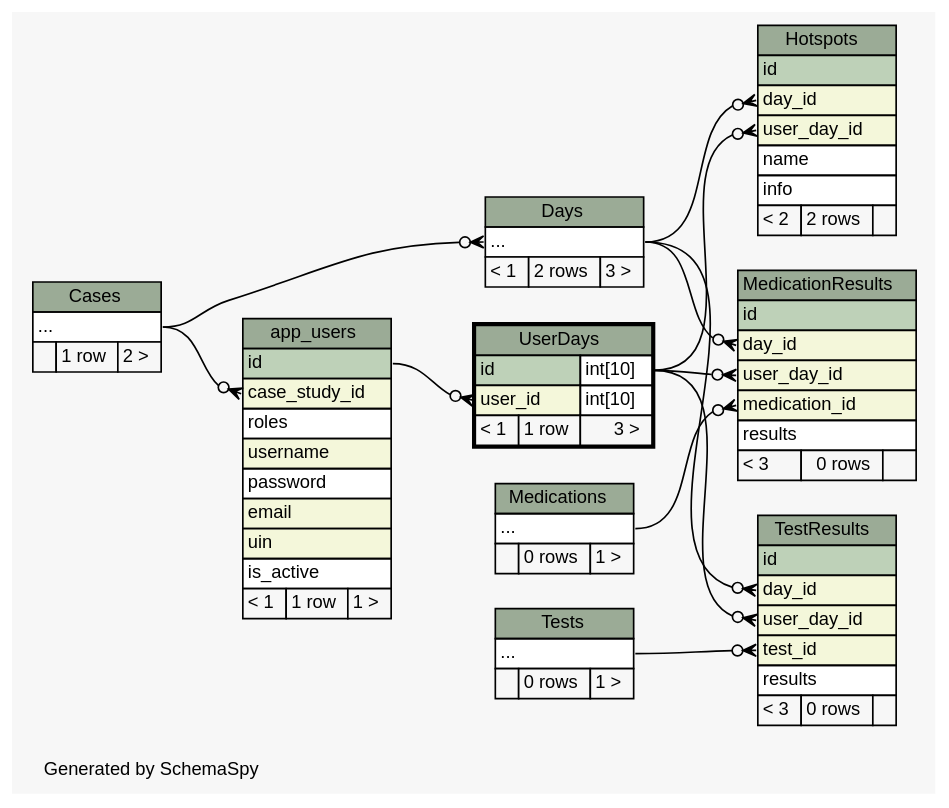
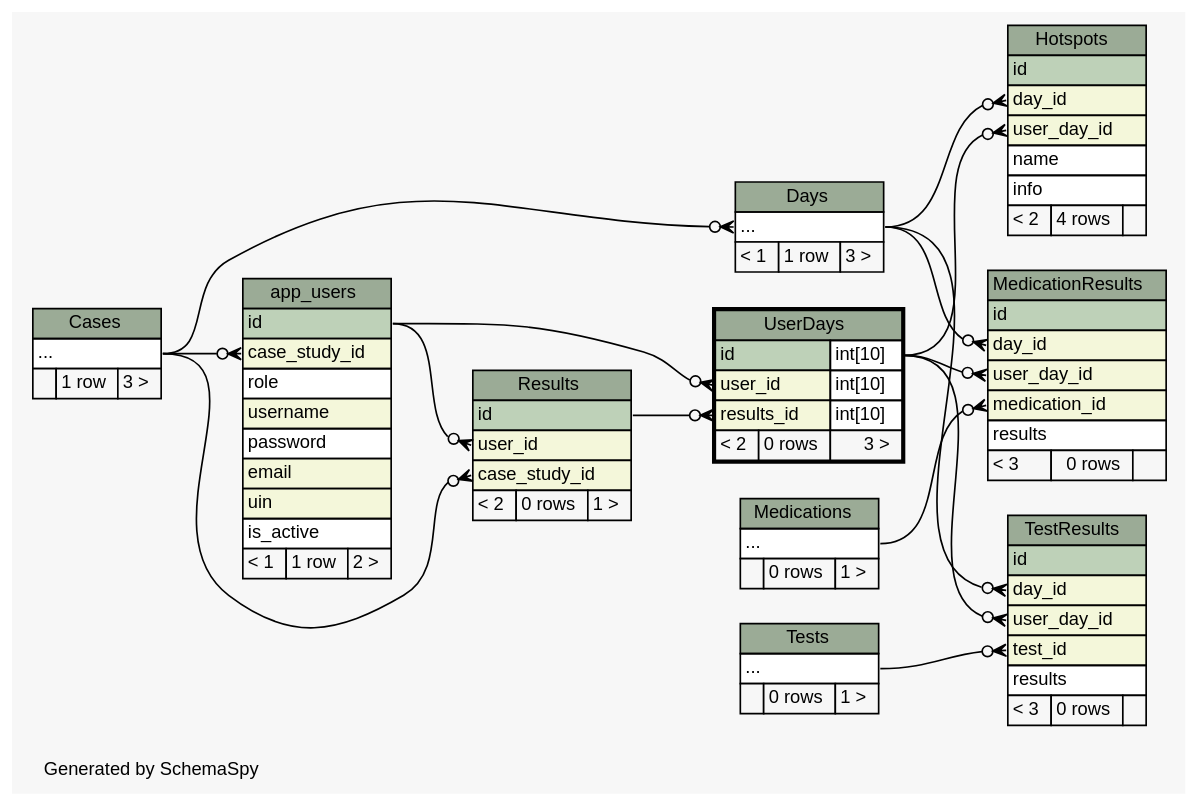
Before and after one commit to carrel2/CaseStudies: the diagram in web/files/schema/diagrams/UserDays.2degrees.dot, drawn with Graphviz. The commit also changed 175 other files, not shown here.

Commit message:
Create Results object to store completed cases in the database

```diff
--- a/web/files/schema/diagrams/UserDays.2degrees.dot
+++ b/web/files/schema/diagrams/UserDays.2degrees.dot
@@ -1,143 +1,159 @@
-// dot 2.38.0 on Linux 4.4.0-64-generic
+// dot 2.38.0 on Linux 4.4.0-66-generic
 // SchemaSpy rev 590
 digraph "twoDegreesRelationshipsDiagram" {
   graph [
     rankdir="RL"
     bgcolor="#f7f7f7"
     label="\nGenerated by SchemaSpy"
     labeljust="l"
     nodesep="0.18"
     ranksep="0.46"
     fontname="Helvetica"
     fontsize="11"
   ];
   node [
     fontname="Helvetica"
     fontsize="11"
     shape="plaintext"
   ];
   edge [
     arrowsize="0.8"
   ];
   "app_users":"case_study_id":w -> "Cases":"elipses":e [arrowhead=none dir=back arrowtail=crowodot];
   "Days":"elipses":w -> "Cases":"elipses":e [arrowhead=none dir=back arrowtail=crowodot];
   "Hotspots":"day_id":w -> "Days":"elipses":e [arrowhead=none dir=back arrowtail=crowodot];
   "Hotspots":"user_day_id":w -> "UserDays":"id.type":e [arrowhead=none dir=back arrowtail=crowodot];
   "MedicationResults":"day_id":w -> "Days":"elipses":e [arrowhead=none dir=back arrowtail=crowodot];
   "MedicationResults":"medication_id":w -> "Medications":"elipses":e [arrowhead=none dir=back arrowtail=crowodot];
   "MedicationResults":"user_day_id":w -> "UserDays":"id.type":e [arrowhead=none dir=back arrowtail=crowodot];
+  "Results":"case_study_id":w -> "Cases":"elipses":e [arrowhead=none dir=back arrowtail=crowodot];
+  "Results":"user_id":w -> "app_users":"id":e [arrowhead=none dir=back arrowtail=crowodot];
   "TestResults":"day_id":w -> "Days":"elipses":e [arrowhead=none dir=back arrowtail=crowodot];
   "TestResults":"test_id":w -> "Tests":"elipses":e [arrowhead=none dir=back arrowtail=crowodot];
   "TestResults":"user_day_id":w -> "UserDays":"id.type":e [arrowhead=none dir=back arrowtail=crowodot];
+  "UserDays":"results_id":w -> "Results":"id":e [arrowhead=none dir=back arrowtail=crowodot];
   "UserDays":"user_id":w -> "app_users":"id":e [arrowhead=none dir=back arrowtail=crowodot];
   "app_users" [
     label=<
     <TABLE BORDER="0" CELLBORDER="1" CELLSPACING="0" BGCOLOR="#ffffff">
       <TR><TD COLSPAN="3" BGCOLOR="#9bab96" ALIGN="CENTER">app_users</TD></TR>
       <TR><TD PORT="id" COLSPAN="3" BGCOLOR="#bed1b8" ALIGN="LEFT">id</TD></TR>
       <TR><TD PORT="case_study_id" COLSPAN="3" BGCOLOR="#f4f7da" ALIGN="LEFT">case_study_id</TD></TR>
-      <TR><TD PORT="roles" COLSPAN="3" ALIGN="LEFT">roles</TD></TR>
+      <TR><TD PORT="role" COLSPAN="3" ALIGN="LEFT">role</TD></TR>
       <TR><TD PORT="username" COLSPAN="3" BGCOLOR="#f4f7da" ALIGN="LEFT">username</TD></TR>
       <TR><TD PORT="password" COLSPAN="3" ALIGN="LEFT">password</TD></TR>
       <TR><TD PORT="email" COLSPAN="3" BGCOLOR="#f4f7da" ALIGN="LEFT">email</TD></TR>
       <TR><TD PORT="uin" COLSPAN="3" BGCOLOR="#f4f7da" ALIGN="LEFT">uin</TD></TR>
       <TR><TD PORT="is_active" COLSPAN="3" ALIGN="LEFT">is_active</TD></TR>
-      <TR><TD ALIGN="LEFT" BGCOLOR="#f7f7f7">&lt; 1</TD><TD ALIGN="RIGHT" BGCOLOR="#f7f7f7">1 row</TD><TD ALIGN="RIGHT" BGCOLOR="#f7f7f7">1 &gt;</TD></TR>
+      <TR><TD ALIGN="LEFT" BGCOLOR="#f7f7f7">&lt; 1</TD><TD ALIGN="RIGHT" BGCOLOR="#f7f7f7">1 row</TD><TD ALIGN="RIGHT" BGCOLOR="#f7f7f7">2 &gt;</TD></TR>
     </TABLE>>
     URL="app_users.html"
     tooltip="app_users"
   ];
   "Cases" [
     label=<
     <TABLE BORDER="0" CELLBORDER="1" CELLSPACING="0" BGCOLOR="#ffffff">
       <TR><TD COLSPAN="3" BGCOLOR="#9bab96" ALIGN="CENTER">Cases</TD></TR>
       <TR><TD PORT="elipses" COLSPAN="3" ALIGN="LEFT">...</TD></TR>
-      <TR><TD ALIGN="LEFT" BGCOLOR="#f7f7f7">  </TD><TD ALIGN="RIGHT" BGCOLOR="#f7f7f7">1 row</TD><TD ALIGN="RIGHT" BGCOLOR="#f7f7f7">2 &gt;</TD></TR>
+      <TR><TD ALIGN="LEFT" BGCOLOR="#f7f7f7">  </TD><TD ALIGN="RIGHT" BGCOLOR="#f7f7f7">1 row</TD><TD ALIGN="RIGHT" BGCOLOR="#f7f7f7">3 &gt;</TD></TR>
     </TABLE>>
     URL="Cases.html"
     tooltip="Cases"
   ];
   "Days" [
     label=<
     <TABLE BORDER="0" CELLBORDER="1" CELLSPACING="0" BGCOLOR="#ffffff">
       <TR><TD COLSPAN="3" BGCOLOR="#9bab96" ALIGN="CENTER">Days</TD></TR>
       <TR><TD PORT="elipses" COLSPAN="3" ALIGN="LEFT">...</TD></TR>
-      <TR><TD ALIGN="LEFT" BGCOLOR="#f7f7f7">&lt; 1</TD><TD ALIGN="RIGHT" BGCOLOR="#f7f7f7">2 rows</TD><TD ALIGN="RIGHT" BGCOLOR="#f7f7f7">3 &gt;</TD></TR>
+      <TR><TD ALIGN="LEFT" BGCOLOR="#f7f7f7">&lt; 1</TD><TD ALIGN="RIGHT" BGCOLOR="#f7f7f7">1 row</TD><TD ALIGN="RIGHT" BGCOLOR="#f7f7f7">3 &gt;</TD></TR>
     </TABLE>>
     URL="Days.html"
     tooltip="Days"
   ];
   "Hotspots" [
     label=<
     <TABLE BORDER="0" CELLBORDER="1" CELLSPACING="0" BGCOLOR="#ffffff">
       <TR><TD COLSPAN="3" BGCOLOR="#9bab96" ALIGN="CENTER">Hotspots</TD></TR>
       <TR><TD PORT="id" COLSPAN="3" BGCOLOR="#bed1b8" ALIGN="LEFT">id</TD></TR>
       <TR><TD PORT="day_id" COLSPAN="3" BGCOLOR="#f4f7da" ALIGN="LEFT">day_id</TD></TR>
       <TR><TD PORT="user_day_id" COLSPAN="3" BGCOLOR="#f4f7da" ALIGN="LEFT">user_day_id</TD></TR>
       <TR><TD PORT="name" COLSPAN="3" ALIGN="LEFT">name</TD></TR>
       <TR><TD PORT="info" COLSPAN="3" ALIGN="LEFT">info</TD></TR>
-      <TR><TD ALIGN="LEFT" BGCOLOR="#f7f7f7">&lt; 2</TD><TD ALIGN="RIGHT" BGCOLOR="#f7f7f7">2 rows</TD><TD ALIGN="RIGHT" BGCOLOR="#f7f7f7">  </TD></TR>
+      <TR><TD ALIGN="LEFT" BGCOLOR="#f7f7f7">&lt; 2</TD><TD ALIGN="RIGHT" BGCOLOR="#f7f7f7">4 rows</TD><TD ALIGN="RIGHT" BGCOLOR="#f7f7f7">  </TD></TR>
     </TABLE>>
     URL="Hotspots.html"
     tooltip="Hotspots"
   ];
   "MedicationResults" [
     label=<
     <TABLE BORDER="0" CELLBORDER="1" CELLSPACING="0" BGCOLOR="#ffffff">
       <TR><TD COLSPAN="3" BGCOLOR="#9bab96" ALIGN="CENTER">MedicationResults</TD></TR>
       <TR><TD PORT="id" COLSPAN="3" BGCOLOR="#bed1b8" ALIGN="LEFT">id</TD></TR>
       <TR><TD PORT="day_id" COLSPAN="3" BGCOLOR="#f4f7da" ALIGN="LEFT">day_id</TD></TR>
       <TR><TD PORT="user_day_id" COLSPAN="3" BGCOLOR="#f4f7da" ALIGN="LEFT">user_day_id</TD></TR>
       <TR><TD PORT="medication_id" COLSPAN="3" BGCOLOR="#f4f7da" ALIGN="LEFT">medication_id</TD></TR>
       <TR><TD PORT="results" COLSPAN="3" ALIGN="LEFT">results</TD></TR>
       <TR><TD ALIGN="LEFT" BGCOLOR="#f7f7f7">&lt; 3</TD><TD ALIGN="RIGHT" BGCOLOR="#f7f7f7">0 rows</TD><TD ALIGN="RIGHT" BGCOLOR="#f7f7f7">  </TD></TR>
     </TABLE>>
     URL="MedicationResults.html"
     tooltip="MedicationResults"
   ];
   "Medications" [
     label=<
     <TABLE BORDER="0" CELLBORDER="1" CELLSPACING="0" BGCOLOR="#ffffff">
       <TR><TD COLSPAN="3" BGCOLOR="#9bab96" ALIGN="CENTER">Medications</TD></TR>
       <TR><TD PORT="elipses" COLSPAN="3" ALIGN="LEFT">...</TD></TR>
       <TR><TD ALIGN="LEFT" BGCOLOR="#f7f7f7">  </TD><TD ALIGN="RIGHT" BGCOLOR="#f7f7f7">0 rows</TD><TD ALIGN="RIGHT" BGCOLOR="#f7f7f7">1 &gt;</TD></TR>
     </TABLE>>
     URL="Medications.html"
     tooltip="Medications"
+  ];
+  "Results" [
+    label=<
+    <TABLE BORDER="0" CELLBORDER="1" CELLSPACING="0" BGCOLOR="#ffffff">
+      <TR><TD COLSPAN="3" BGCOLOR="#9bab96" ALIGN="CENTER">Results</TD></TR>
+      <TR><TD PORT="id" COLSPAN="3" BGCOLOR="#bed1b8" ALIGN="LEFT">id</TD></TR>
+      <TR><TD PORT="user_id" COLSPAN="3" BGCOLOR="#f4f7da" ALIGN="LEFT">user_id</TD></TR>
+      <TR><TD PORT="case_study_id" COLSPAN="3" BGCOLOR="#f4f7da" ALIGN="LEFT">case_study_id</TD></TR>
+      <TR><TD ALIGN="LEFT" BGCOLOR="#f7f7f7">&lt; 2</TD><TD ALIGN="RIGHT" BGCOLOR="#f7f7f7">0 rows</TD><TD ALIGN="RIGHT" BGCOLOR="#f7f7f7">1 &gt;</TD></TR>
+    </TABLE>>
+    URL="Results.html"
+    tooltip="Results"
   ];
   "TestResults" [
     label=<
     <TABLE BORDER="0" CELLBORDER="1" CELLSPACING="0" BGCOLOR="#ffffff">
       <TR><TD COLSPAN="3" BGCOLOR="#9bab96" ALIGN="CENTER">TestResults</TD></TR>
       <TR><TD PORT="id" COLSPAN="3" BGCOLOR="#bed1b8" ALIGN="LEFT">id</TD></TR>
       <TR><TD PORT="day_id" COLSPAN="3" BGCOLOR="#f4f7da" ALIGN="LEFT">day_id</TD></TR>
       <TR><TD PORT="user_day_id" COLSPAN="3" BGCOLOR="#f4f7da" ALIGN="LEFT">user_day_id</TD></TR>
       <TR><TD PORT="test_id" COLSPAN="3" BGCOLOR="#f4f7da" ALIGN="LEFT">test_id</TD></TR>
       <TR><TD PORT="results" COLSPAN="3" ALIGN="LEFT">results</TD></TR>
       <TR><TD ALIGN="LEFT" BGCOLOR="#f7f7f7">&lt; 3</TD><TD ALIGN="RIGHT" BGCOLOR="#f7f7f7">0 rows</TD><TD ALIGN="RIGHT" BGCOLOR="#f7f7f7">  </TD></TR>
     </TABLE>>
     URL="TestResults.html"
     tooltip="TestResults"
   ];
   "Tests" [
     label=<
     <TABLE BORDER="0" CELLBORDER="1" CELLSPACING="0" BGCOLOR="#ffffff">
       <TR><TD COLSPAN="3" BGCOLOR="#9bab96" ALIGN="CENTER">Tests</TD></TR>
       <TR><TD PORT="elipses" COLSPAN="3" ALIGN="LEFT">...</TD></TR>
       <TR><TD ALIGN="LEFT" BGCOLOR="#f7f7f7">  </TD><TD ALIGN="RIGHT" BGCOLOR="#f7f7f7">0 rows</TD><TD ALIGN="RIGHT" BGCOLOR="#f7f7f7">1 &gt;</TD></TR>
     </TABLE>>
     URL="Tests.html"
     tooltip="Tests"
   ];
   "UserDays" [
     label=<
     <TABLE BORDER="2" CELLBORDER="1" CELLSPACING="0" BGCOLOR="#ffffff">
       <TR><TD COLSPAN="3" BGCOLOR="#9bab96" ALIGN="CENTER">UserDays</TD></TR>
       <TR><TD PORT="id" COLSPAN="2" BGCOLOR="#bed1b8" ALIGN="LEFT">id</TD><TD PORT="id.type" ALIGN="LEFT">int[10]</TD></TR>
       <TR><TD PORT="user_id" COLSPAN="2" BGCOLOR="#f4f7da" ALIGN="LEFT">user_id</TD><TD PORT="user_id.type" ALIGN="LEFT">int[10]</TD></TR>
-      <TR><TD ALIGN="LEFT" BGCOLOR="#f7f7f7">&lt; 1</TD><TD ALIGN="RIGHT" BGCOLOR="#f7f7f7">1 row</TD><TD ALIGN="RIGHT" BGCOLOR="#f7f7f7">3 &gt;</TD></TR>
+      <TR><TD PORT="results_id" COLSPAN="2" BGCOLOR="#f4f7da" ALIGN="LEFT">results_id</TD><TD PORT="results_id.type" ALIGN="LEFT">int[10]</TD></TR>
+      <TR><TD ALIGN="LEFT" BGCOLOR="#f7f7f7">&lt; 2</TD><TD ALIGN="RIGHT" BGCOLOR="#f7f7f7">0 rows</TD><TD ALIGN="RIGHT" BGCOLOR="#f7f7f7">3 &gt;</TD></TR>
     </TABLE>>
     URL="UserDays.html"
     tooltip="UserDays"
   ];
 }
```
